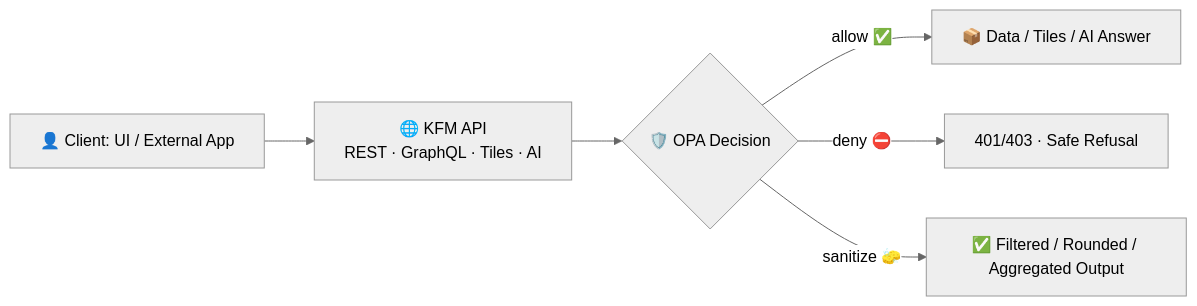
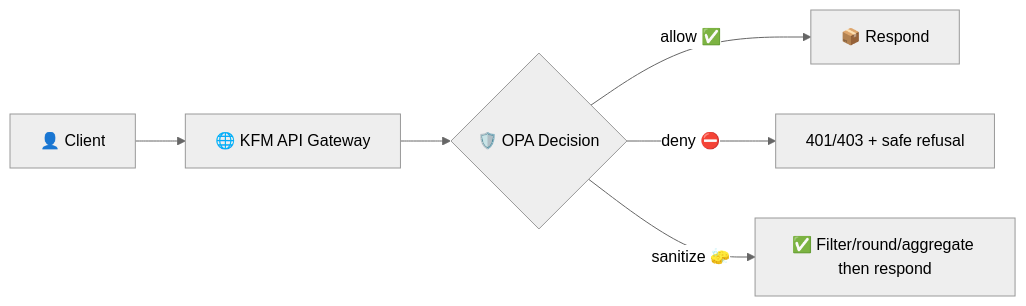
Before and after one commit to bartytime4life/Kansas-Frontier-Matrix: the second of 2 diagrams in api/policies/README.md, drawn with Mermaid (neutral theme). The commit also changed other lines of this file, not shown here.

````diff
--- a/api/policies/README.md
+++ b/api/policies/README.md
@@ -102,8 +112,8 @@
 ```mermaid
 flowchart LR
-  A[👤 Client: UI / External App] --> B[🌐 KFM API<br/>REST · GraphQL · Tiles · AI]
+  A[👤 Client] --> B[🌐 KFM API Gateway]
   B --> C{🛡️ OPA Decision}
-  C -->|allow ✅| D[📦 Data / Tiles / AI Answer]
-  C -->|deny ⛔| E[401/403 · Safe Refusal]
-  C -->|sanitize 🧽| F[✅ Filtered / Rounded / Aggregated Output]
+  C -->|allow ✅| D[📦 Respond]
+  C -->|deny ⛔| E[401/403 + safe refusal]
+  C -->|sanitize 🧽| F[✅ Filter/round/aggregate then respond]
 ```
````
